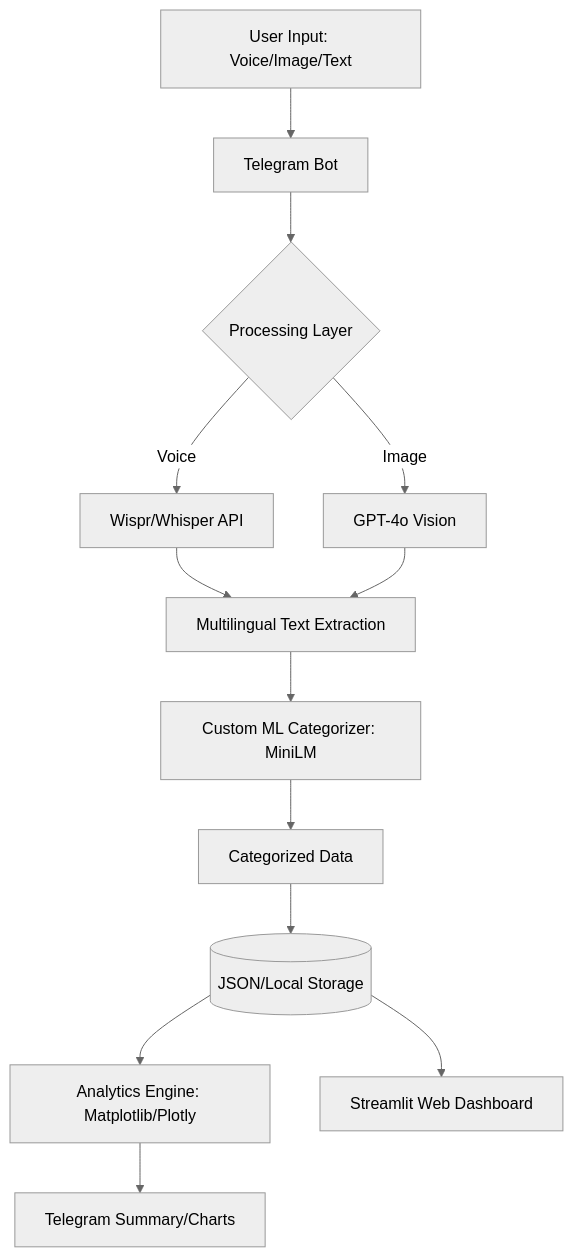
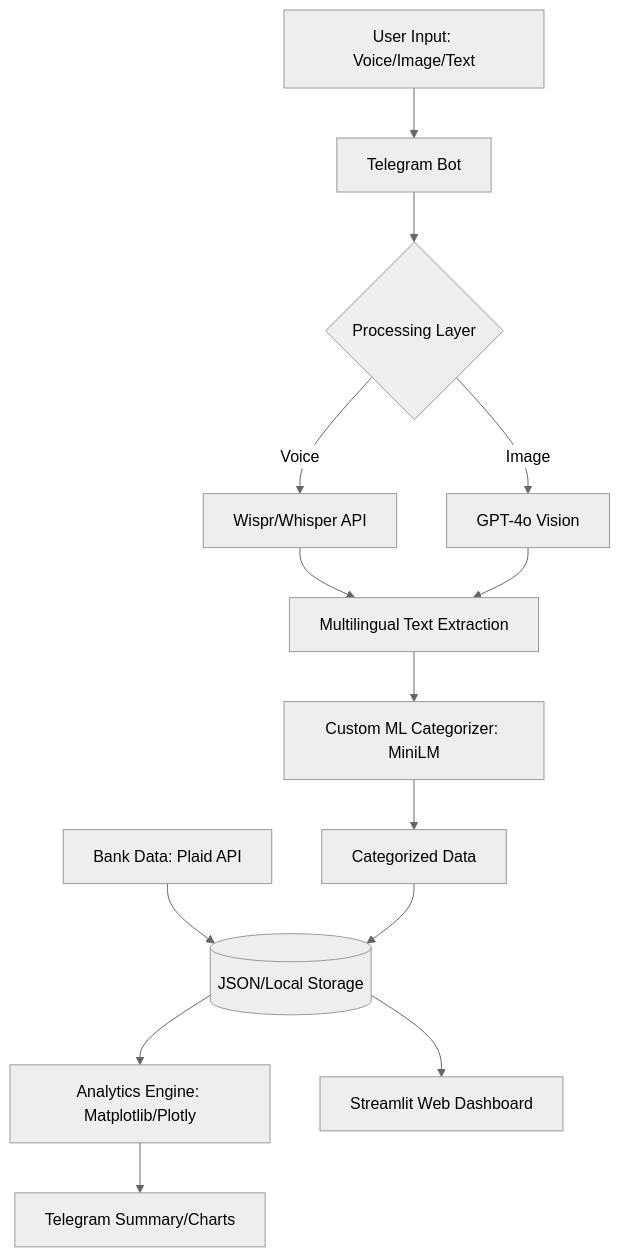
One commit to Dawn-Fighter/finehance-omni changed the diagram in README.md. Above: the diagram before and after it, drawn with Mermaid (neutral theme). The commit also changed other lines of this file and 1 other file, not shown here.

Commit message:
Add Plaid integration and Subscription Detection to scope

````diff
--- a/README.md
+++ b/README.md
@@ -58,15 +65,16 @@
 ```mermaid
 graph TD
     A[User Input: Voice/Image/Text] --> B[Telegram Bot]
+    P[Bank Data: Plaid API] --> I
     B --> C{Processing Layer}
     C -->|Voice| D[Wispr/Whisper API]
     C -->|Image| E[GPT-4o Vision]
     D --> F[Multilingual Text Extraction]
     E --> F
     F --> G[Custom ML Categorizer: MiniLM]
     G --> H[Categorized Data]
     H --> I[(JSON/Local Storage)]
     I --> J[Analytics Engine: Matplotlib/Plotly]
     J --> K[Telegram Summary/Charts]
     I --> L[Streamlit Web Dashboard]
 ```
````
